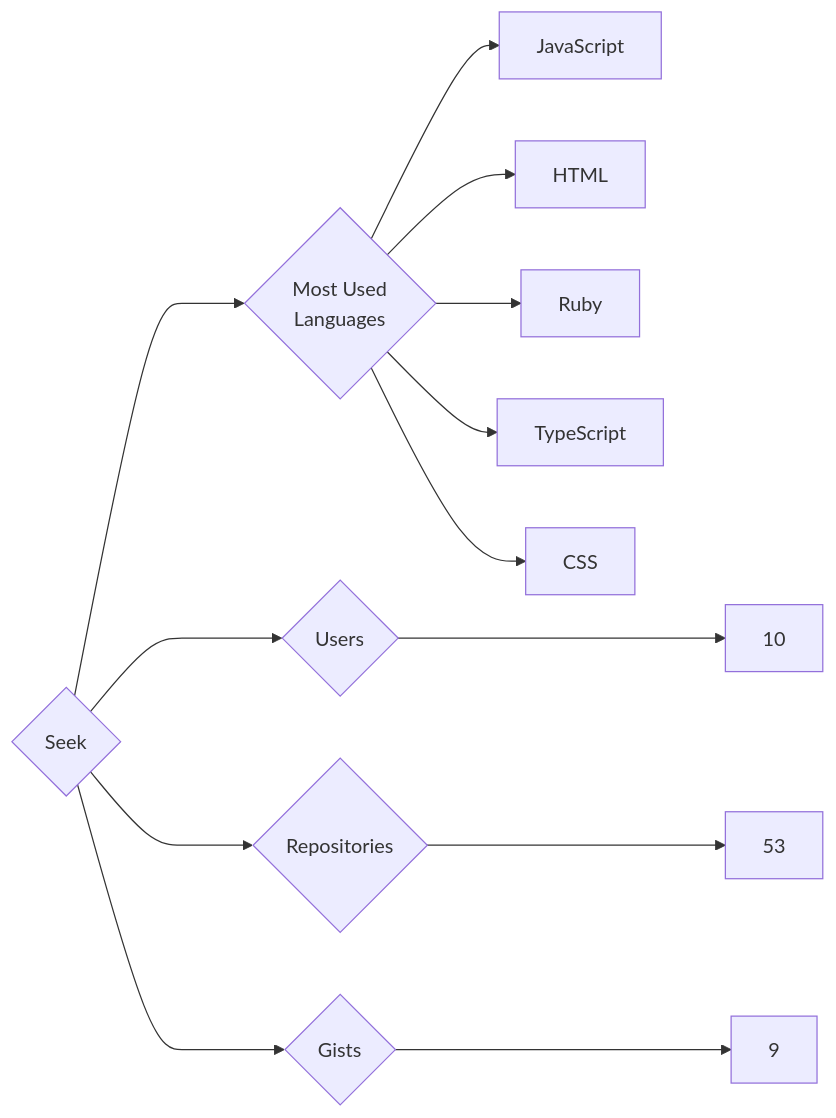
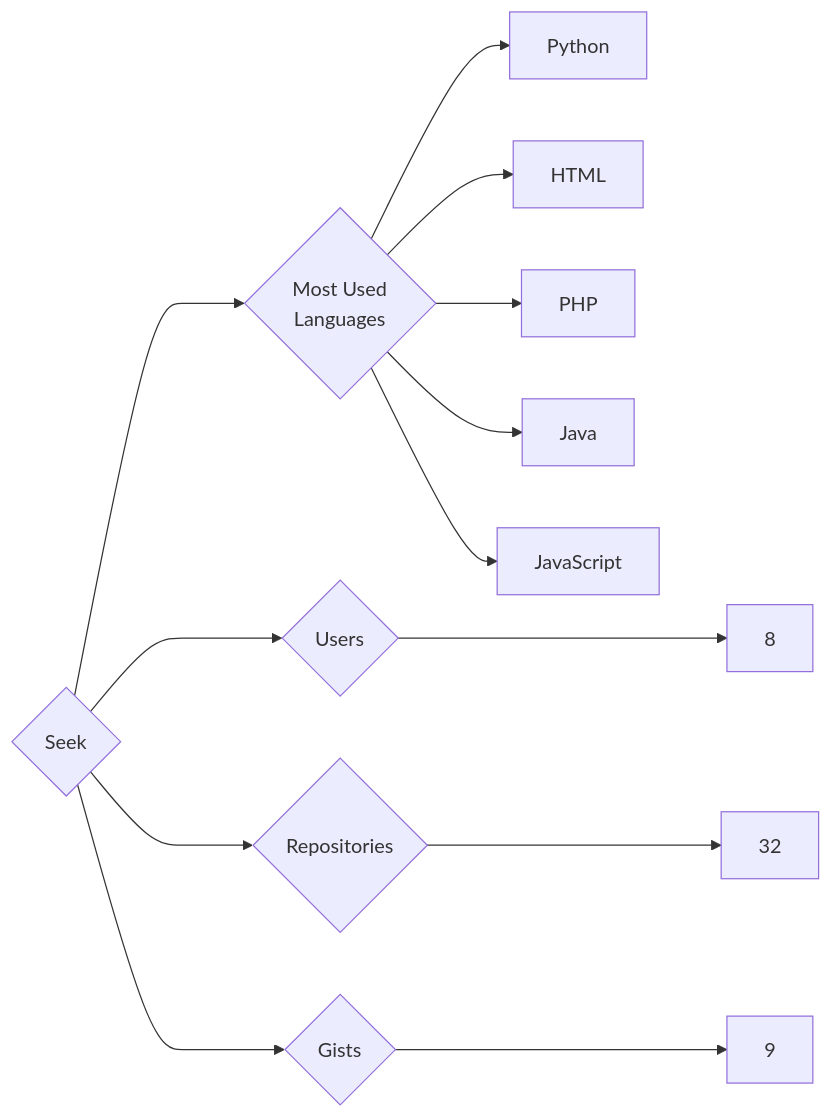
The diagram in targets/Seek/README.md (trickest/insiders), drawn with Mermaid before and after one commit. The commit also changed 835 other files, not shown here.

````diff
--- a/targets/Seek/README.md
+++ b/targets/Seek/README.md
@@ -3,13 +3,13 @@
 ```mermaid
 graph LR
 COMPANY_NAME{Seek}
-COMPANY_NAME ---> U{Users} ---> UN[10]
-COMPANY_NAME ---> R{Repositories} ---> RN[53]
+COMPANY_NAME ---> U{Users} ---> UN[8]
+COMPANY_NAME ---> R{Repositories} ---> RN[32]
 COMPANY_NAME ---> G{Gists} ---> GN[9]
 COMPANY_NAME ---> ML{Most Used<br>Languages}
+ML --> Python[Python]
+ML --> HTML[HTML]
+ML --> PHP[PHP]
+ML --> Java[Java]
 ML --> JavaScript[JavaScript]
-ML --> HTML[HTML]
-ML --> Ruby[Ruby]
-ML --> TypeScript[TypeScript]
-ML --> CSS[CSS]
 ```
````
